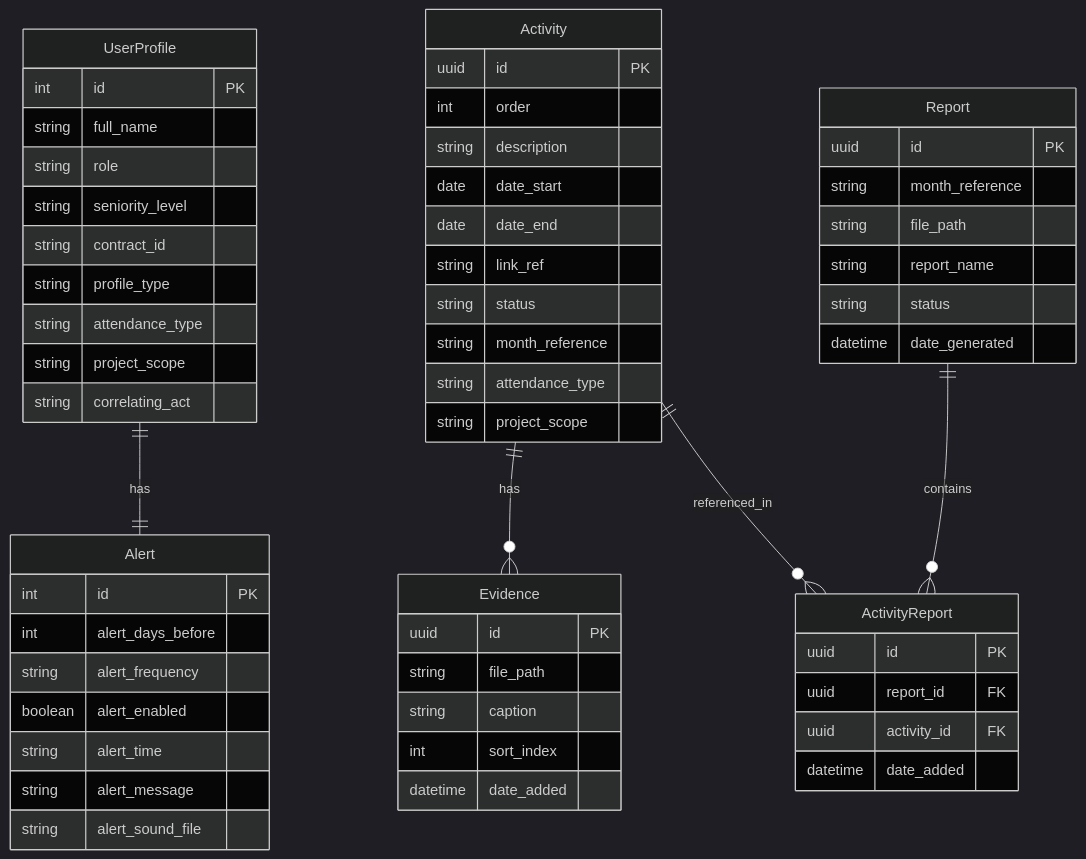
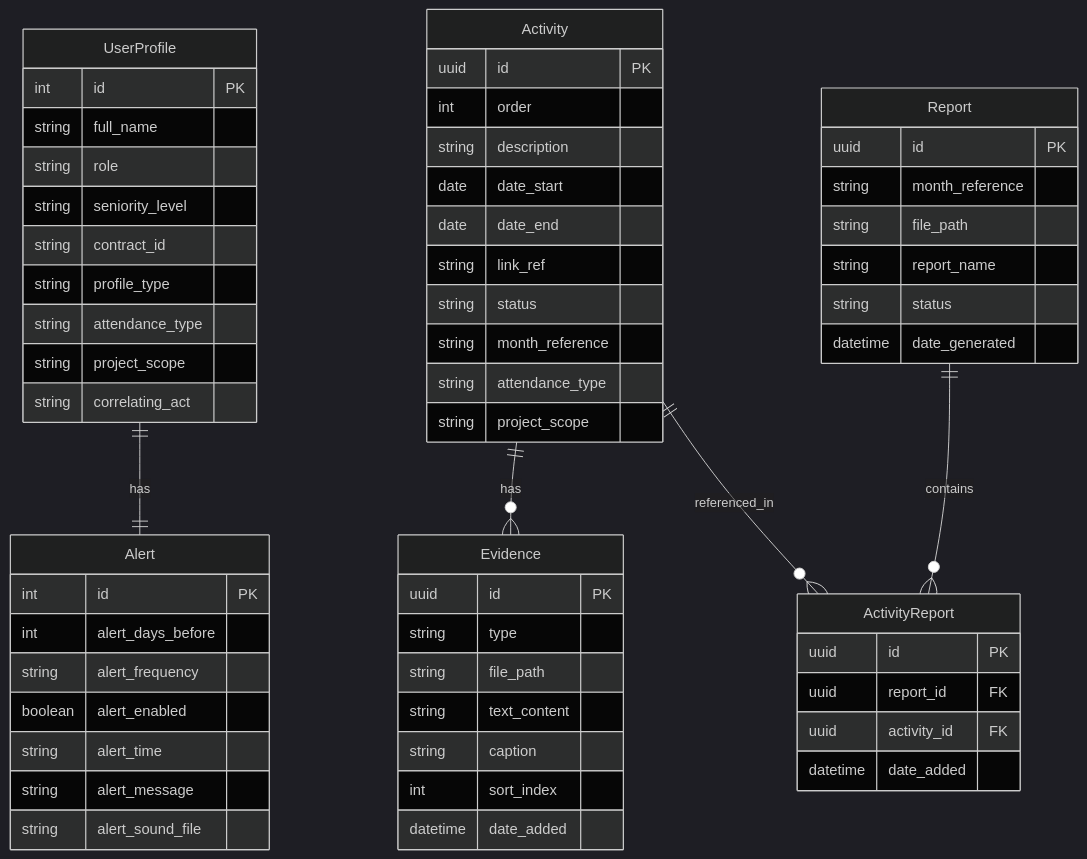
The diagram in docs/DEVELOPMENT.md (NeuronioAzul/shipit), drawn with Mermaid (dark theme) before and after one commit. The commit also changed other lines of this file and 397 other files, not shown here.

````diff
--- a/docs/DEVELOPMENT.md
+++ b/docs/DEVELOPMENT.md
@@ -173,62 +205,64 @@
 ```mermaid
 erDiagram
     UserProfile ||--|| Alert : has
     UserProfile {
         int id PK
         string full_name
         string role
         string seniority_level
         string contract_id
         string profile_type
         string attendance_type
         string project_scope
         string correlating_act
     }
     Alert {
         int id PK
         int alert_days_before
         string alert_frequency
         boolean alert_enabled
         string alert_time
         string alert_message
         string alert_sound_file
     }
 
     Activity ||--o{ Evidence : has
     Activity {
         uuid id PK
         int order
         string description
         date date_start
         date date_end
         string link_ref
         string status
         string month_reference
         string attendance_type
         string project_scope
     }
     Evidence {
         uuid id PK
+        string type
         string file_path
+        string text_content
         string caption
         int sort_index
         datetime date_added
     }
 
     Report ||--o{ ActivityReport : contains
     Report {
         uuid id PK
         string month_reference
         string file_path
         string report_name
         string status
         datetime date_generated
     }
     ActivityReport {
         uuid id PK
         uuid report_id FK
         uuid activity_id FK
         datetime date_added
     }
     Activity ||--o{ ActivityReport : referenced_in
 ```
````
